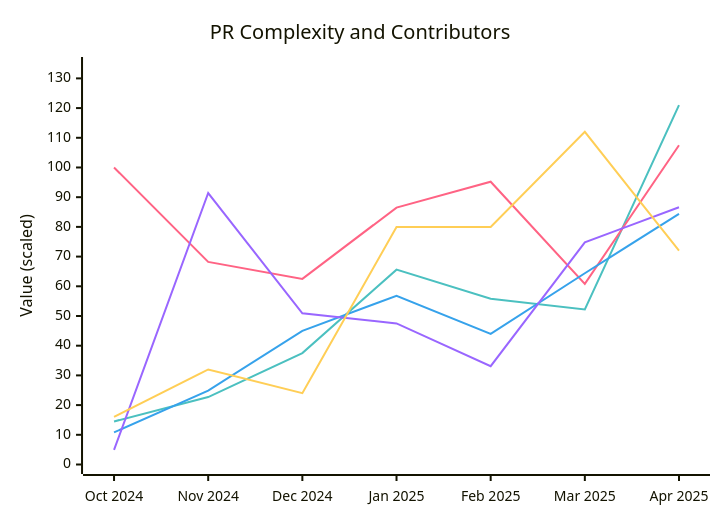
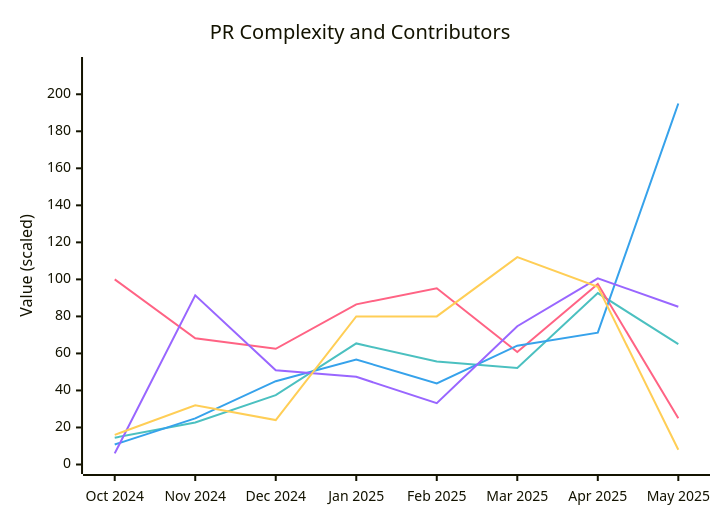
The sixth of 9 diagrams in docs/contributions.md (microsoft/edge-ai), drawn with Mermaid before and after one commit. The commit also changed other lines of this file and 9 other files, not shown here.

First line of the commit message:
feat(reporting): add scenario to capability to feature mapping graphic - Merged PR 292

````diff
--- a/docs/contributions.md
+++ b/docs/contributions.md
@@ -102,12 +102,12 @@
 ``` mermaid
 %%{init: {"themeVariables": {"xyChart": {"plotColorPalette": "#4BC0C0, #FF6384, #36A2EB, #9966FF, #FFCE56"}}}}%%
 xychart-beta
     title "PR Complexity and Contributors"
-x-axis ["Oct 2024", "Nov 2024", "Dec 2024", "Jan 2025", "Feb 2025", "Mar 2025", "Apr 2025"]
-y-axis "Value (scaled)" 0 --> 134
-line "Avg Files Changed" [14.5, 22.7, 37.5, 65.6, 55.8, 52.2, 121]
-line "Avg Days to Complete" [100, 68.2, 62.5, 86.5, 95.2, 60.8, 107.5]
-line "Avg Files/Day" [10.8, 24.9, 45, 56.8, 44, 64.4, 84.4]
-line "Avg Lines/Day" [4.9, 91.4, 50.9, 47.5, 33.1, 74.8, 86.6]
-line "Total Contributors" [16, 32, 24, 80, 80, 112, 72]
+x-axis ["Oct 2024", "Nov 2024", "Dec 2024", "Jan 2025", "Feb 2025", "Mar 2025", "Apr 2025", "May 2025"]
+y-axis "Value (scaled)" 0 --> 215
+line "Avg Files Changed" [14.5, 22.7, 37.5, 65.4, 55.6, 52.1, 92.6, 65]
+line "Avg Days to Complete" [100, 68.2, 62.5, 86.5, 95.2, 60.8, 97.5, 25]
+line "Avg Files/Day" [10.8, 24.9, 45, 56.7, 43.8, 64.2, 71.2, 195]
+line "Avg Lines/Day" [6, 91.4, 50.9, 47.4, 33.1, 74.7, 100.6, 85.2]
+line "Total Contributors" [16, 32, 24, 80, 80, 112, 96, 8]
 ```
````
